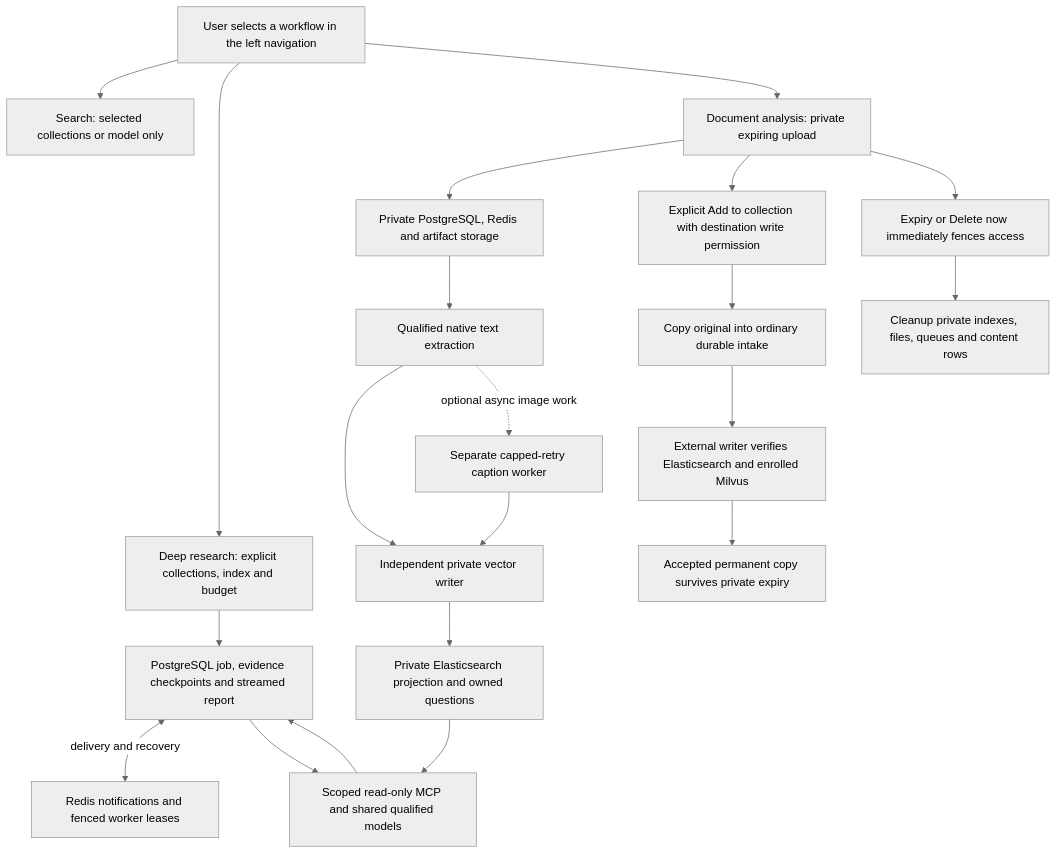
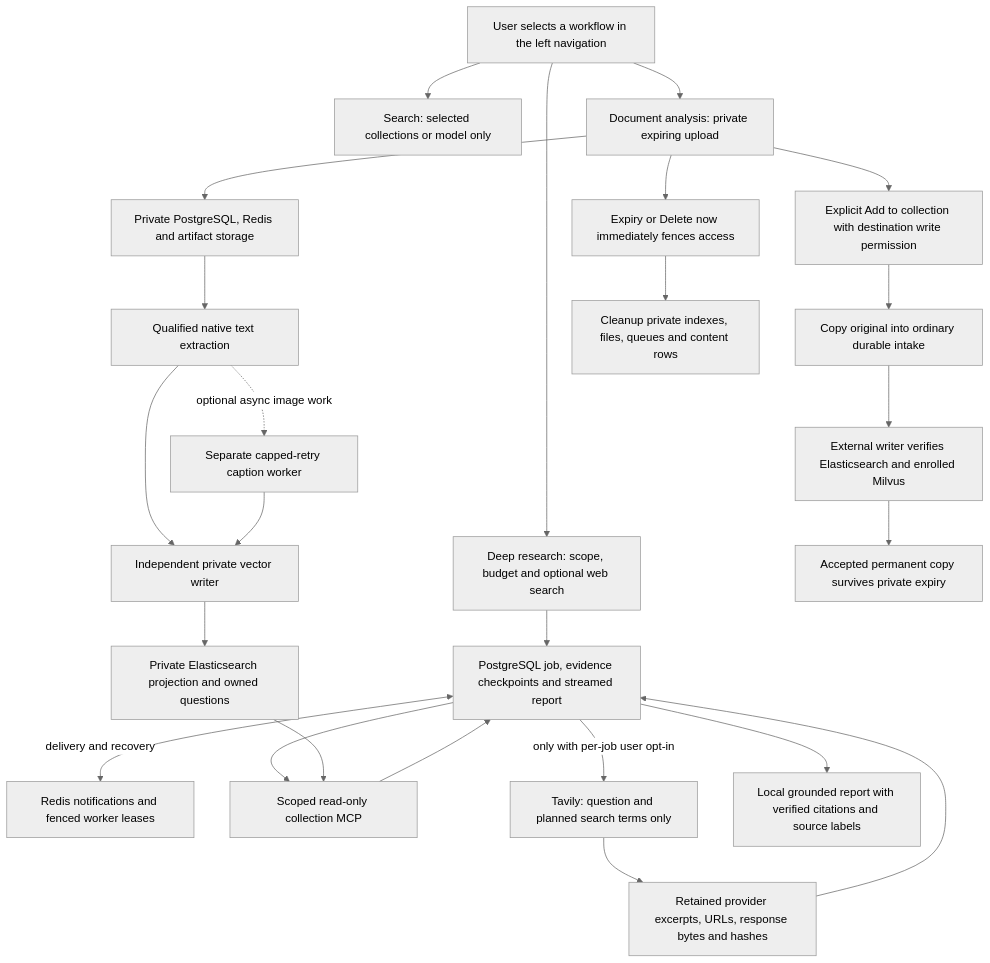
One commit to joncoons/runai-rag-agentic changed the diagram in diagrams/document-analysis-and-research.mmd. Above: the diagram before and after it, drawn with Mermaid (neutral theme). The commit also changed 25 other files, not shown here.

Commit message:
Add optional web research with durable evidence and scoped credentials

```diff
--- a/diagrams/document-analysis-and-research.mmd
+++ b/diagrams/document-analysis-and-research.mmd
@@ -1,22 +1,26 @@
 flowchart TD
     U[User selects a workflow in the left navigation]
     U --> S[Search: selected collections or model only]
-    U --> R[Deep research: explicit collections, index and budget]
+    U --> R[Deep research: scope, budget and optional web search]
     U --> D[Document analysis: private expiring upload]
     R --> J[PostgreSQL job, evidence checkpoints and streamed report]
     J <-->|delivery and recovery| Q[Redis notifications and fenced worker leases]
-    J --> M[Scoped read-only MCP and shared qualified models]
+    J --> M[Scoped read-only collection MCP]
     M --> J
+    J -->|only with per-job user opt-in| WEB[Tavily: question and planned search terms only]
+    WEB --> PROOF[Retained provider excerpts, URLs, response bytes and hashes]
+    PROOF --> J
+    J --> LLM[Local grounded report with verified citations and source labels]
     D --> P[Private PostgreSQL, Redis and artifact storage]
     P --> X[Qualified native text extraction]
     X --> W[Independent private vector writer]
     X -. optional async image work .-> C[Separate capped-retry caption worker]
     C --> W
     W --> E[Private Elasticsearch projection and owned questions]
     E --> M
     D --> A[Explicit Add to collection with destination write permission]
     A --> I[Copy original into ordinary durable intake]
     I --> V[External writer verifies Elasticsearch and enrolled Milvus]
     D --> T[Expiry or Delete now immediately fences access]
     T --> F[Cleanup private indexes, files, queues and content rows]
     V --> K[Accepted permanent copy survives private expiry]
```
